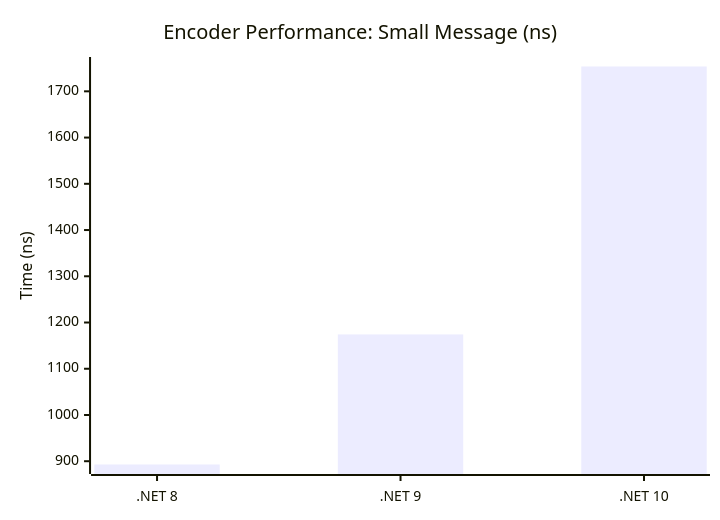
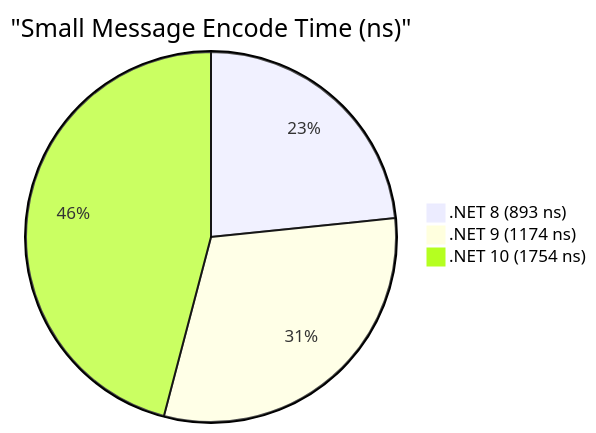
One commit to IsMikeTaken/ProtobuffEncoder changed the first of 3 diagrams in Writerside/topics/core_performance1.md. Above: the diagram before and after it, drawn with Mermaid. The commit also changed other lines of this file and 64 other files, not shown here.

````diff
--- a/Writerside/topics/core_performance1.md
+++ b/Writerside/topics/core_performance1.md
@@ -18,7 +18,6 @@
 ```mermaid
-xychart-beta
-    title "Encoder Performance: Small Message (ns)"
-    x-axis [".NET 8", ".NET 9", ".NET 10"]
-    y-axis "Time (ns)"
-    bar [892.9, 1174.2, 1753.7]
+pie title "Small Message Encode Time (ns)"
+    ".NET 8 (893 ns)" : 893
+    ".NET 9 (1174 ns)" : 1174
+    ".NET 10 (1754 ns)" : 1754
 ```
````
